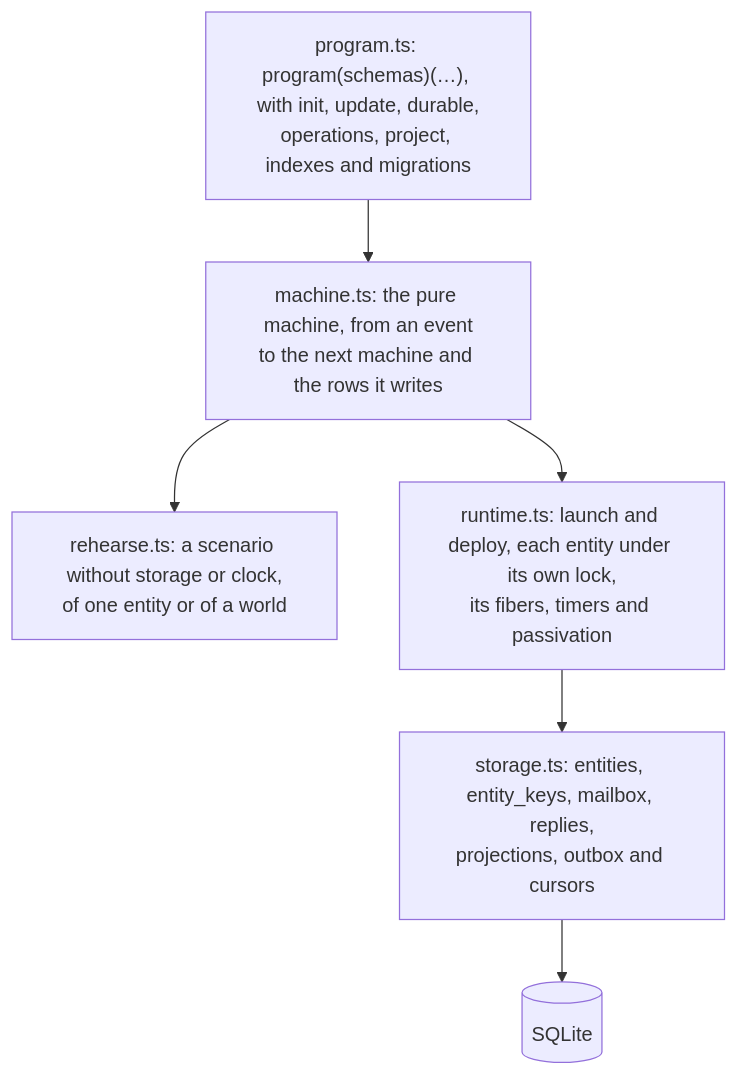
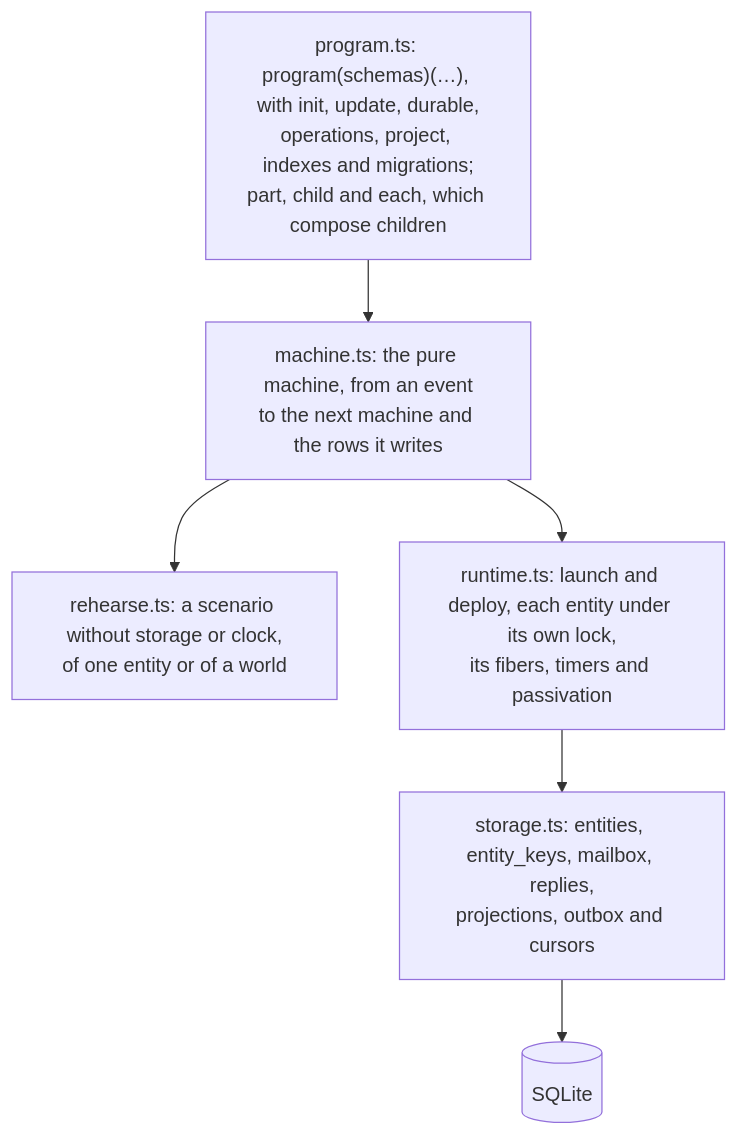
Before and after one commit to fgaudo/effect-tea-durable: the second of 2 diagrams in README.md, drawn with Mermaid. The commit also changed other lines of this file and 18 other files, not shown here.

First line of the commit message:
program: compose children inside an entity, as effect-tea does

````diff
--- a/README.md
+++ b/README.md
@@ -79,15 +84,15 @@
 ```mermaid
 flowchart TB
-  program["program.ts: program(schemas)(…), with init, update, durable,<br/>operations, project, indexes and migrations"]
+  program["program.ts: program(schemas)(…), with init, update, durable,<br/>operations, project, indexes and migrations;<br/>part, child and each, which compose children"]
   machine["machine.ts: the pure machine, from an event<br/>to the next machine and the rows it writes"]
   rehearse["rehearse.ts: a scenario without storage or clock,<br/>of one entity or of a world"]
   runtime["runtime.ts: launch and deploy, each entity under its own lock,<br/>its fibers, timers and passivation"]
   storage["storage.ts: entities, entity_keys, mailbox, replies,<br/>projections, outbox and cursors"]
   db[(SQLite)]
 
   program --> machine
   machine --> rehearse
   machine --> runtime
   runtime --> storage
   storage --> db
 ```
````
